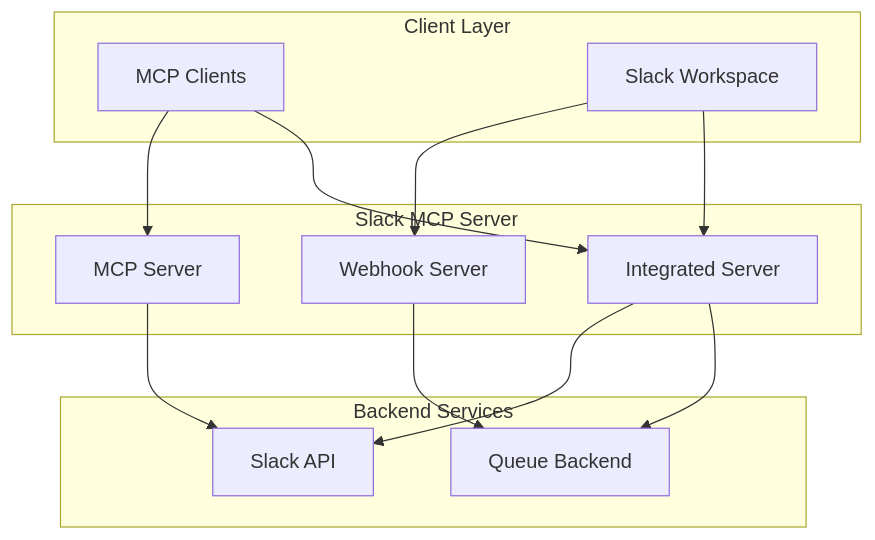
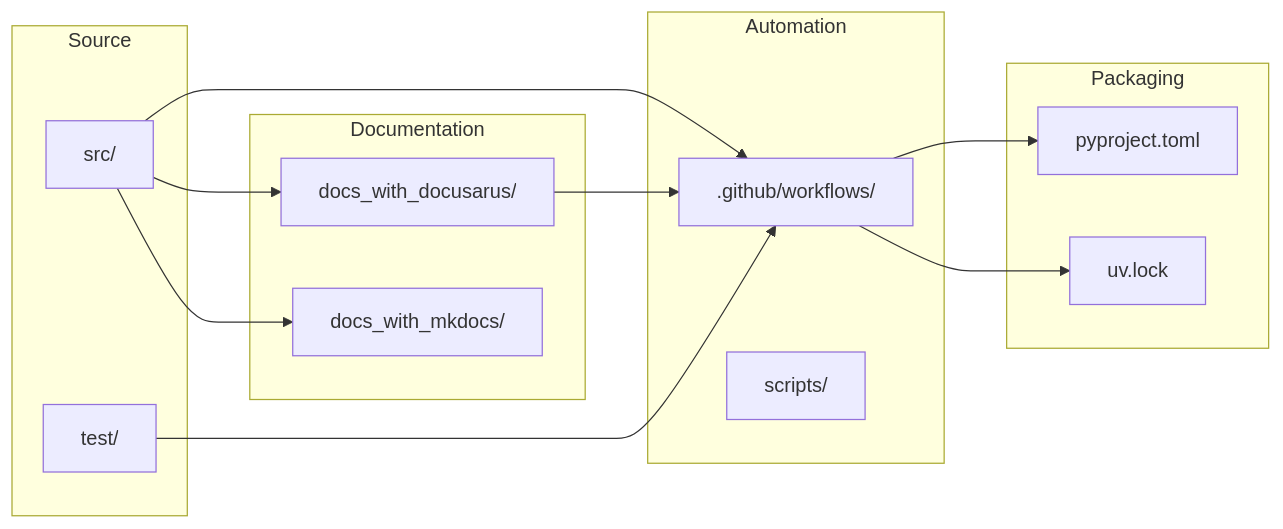
Before and after one commit to Chisanan232/Template-Python-UV-Project: the diagram in docs_with_docusarus/contents/development/architecture/index.mdx, drawn with Mermaid. The commit also changed other lines of this file and 4 other files, not shown here.

````diff
--- a/docs_with_docusarus/contents/development/architecture/index.mdx
+++ b/docs_with_docusarus/contents/development/architecture/index.mdx
@@ -24,27 +21,27 @@
 ```mermaid
-graph TB
-    subgraph "Client Layer"
-        A[MCP Clients]
-        B[Slack Workspace]
+flowchart LR
+    subgraph Source
+        A[src/]
+        B[test/]
     end
-    
-    subgraph "Slack MCP Server"
-        C[MCP Server]
-        D[Webhook Server]
-        E[Integrated Server]
+    subgraph Automation
+        C[.github/workflows/]
+        D[scripts/]
     end
-    
-    subgraph "Backend Services"
-        F[Queue Backend]
-        G[Slack API]
+    subgraph Documentation
+        E[docs_with_docusarus/]
+        F[docs_with_mkdocs/]
     end
-    
+    subgraph Packaging
+        G[pyproject.toml]
+        H[uv.lock]
+    end
+
     A --> C
+    B --> C
+    C --> G
+    C --> H
     A --> E
-    B --> D
-    B --> E
-    C --> G
-    D --> F
-    E --> G
-    E --> F
+    A --> F
+    E --> C
 ```
````
